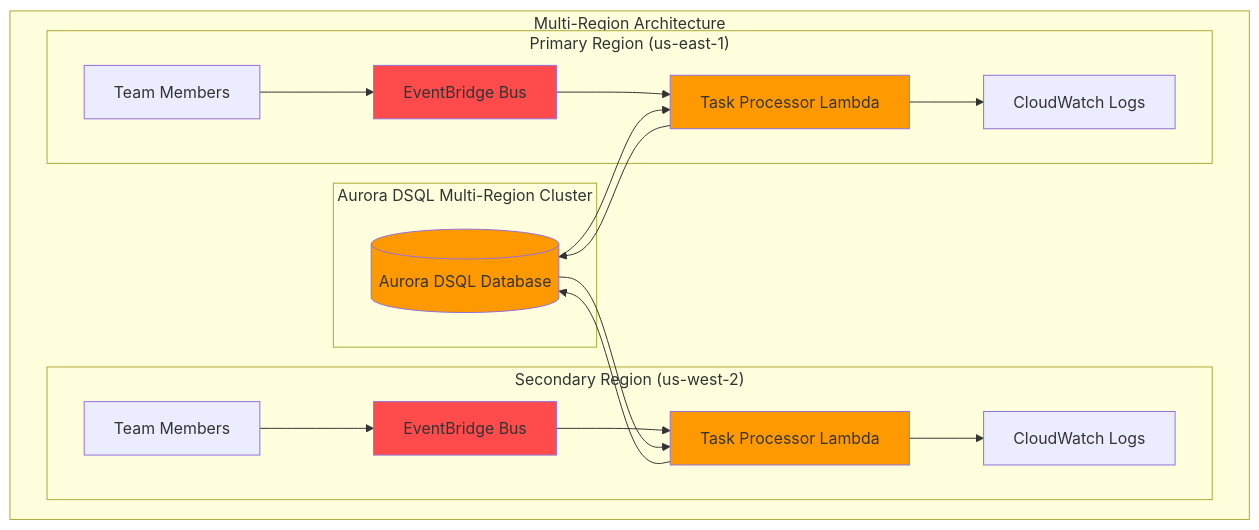
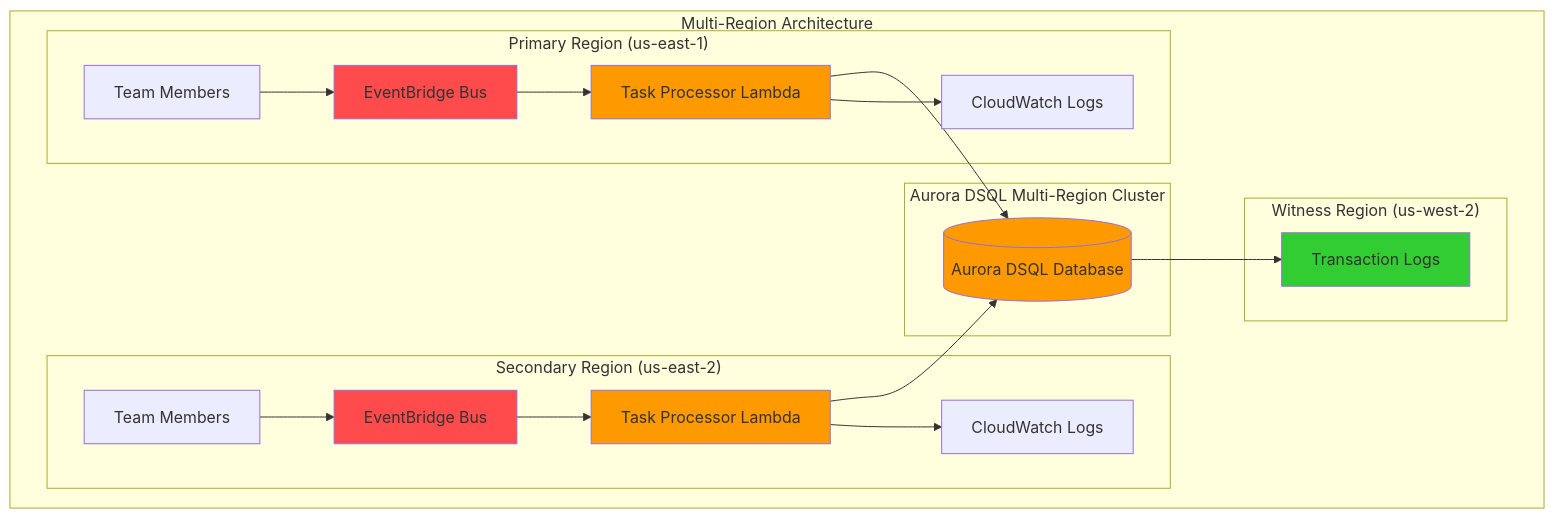
The diagram in aws/collaborative-task-management-aurora-dsql/collaborative-task-management-aurora-dsql.md (mzazon/awesome-cloud-projects), drawn with Mermaid before and after one commit. The commit also changed other lines of this file and 5581 other files, not shown here.

````diff
--- a/aws/collaborative-task-management-aurora-dsql/collaborative-task-management-aurora-dsql.md
+++ b/aws/collaborative-task-management-aurora-dsql/collaborative-task-management-aurora-dsql.md
@@ -30,43 +30,47 @@
 ```mermaid
 graph TB
     subgraph "Multi-Region Architecture"
         subgraph "Primary Region (us-east-1)"
             USER1[Team Members]
             EB1[EventBridge Bus]
             LAMBDA1[Task Processor Lambda]
             CW1[CloudWatch Logs]
         end
         
-        subgraph "Secondary Region (us-west-2)"
+        subgraph "Secondary Region (us-east-2)"
             USER2[Team Members]
             EB2[EventBridge Bus]
             LAMBDA2[Task Processor Lambda]
             CW2[CloudWatch Logs]
         end
         
         subgraph "Aurora DSQL Multi-Region Cluster"
             DSQL[(Aurora DSQL Database)]
+        end
+        
+        subgraph "Witness Region (us-west-2)"
+            WITNESS[Transaction Logs]
         end
     end
     
     USER1 --> EB1
     USER2 --> EB2
     
     EB1 --> LAMBDA1
     EB2 --> LAMBDA2
     
     LAMBDA1 --> DSQL
     LAMBDA2 --> DSQL
     
     LAMBDA1 --> CW1
     LAMBDA2 --> CW2
     
-    DSQL --> LAMBDA1
-    DSQL --> LAMBDA2
+    DSQL --> WITNESS
     
     style DSQL fill:#FF9900
     style EB1 fill:#FF4B4B
     style EB2 fill:#FF4B4B
     style LAMBDA1 fill:#FF9900
     style LAMBDA2 fill:#FF9900
+    style WITNESS fill:#32CD32
 ```
````
